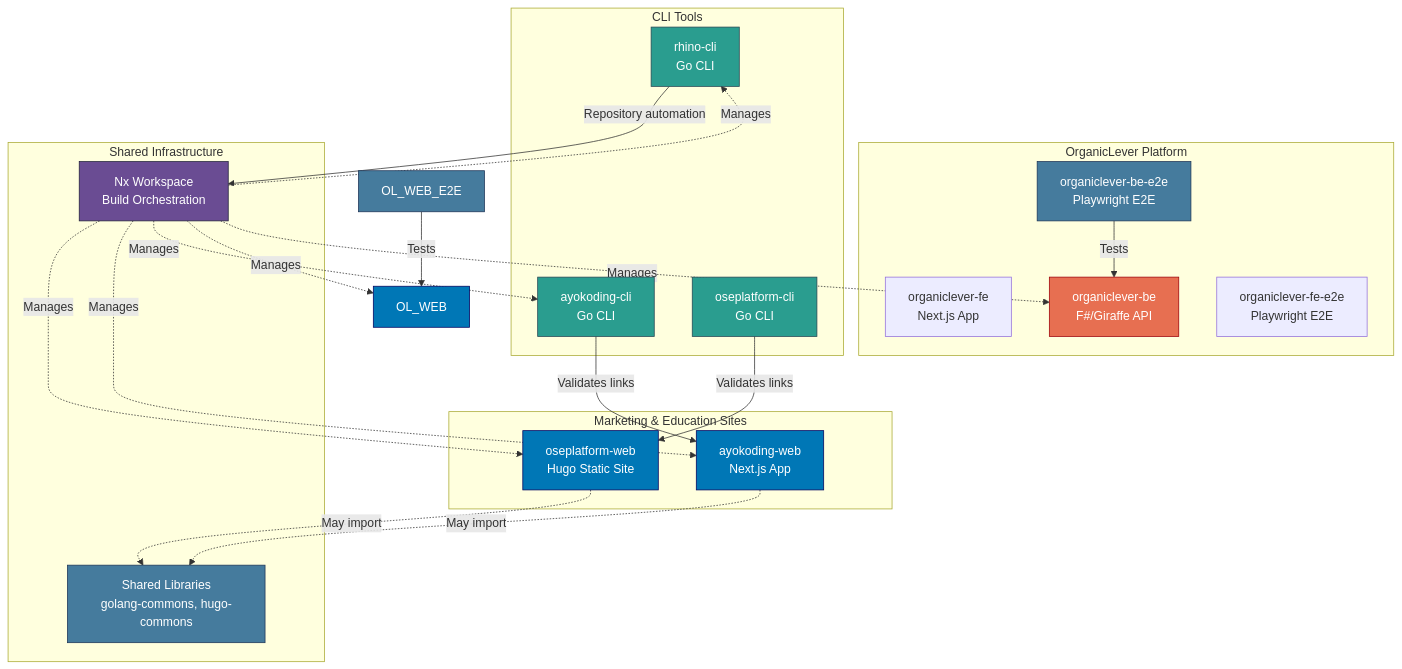
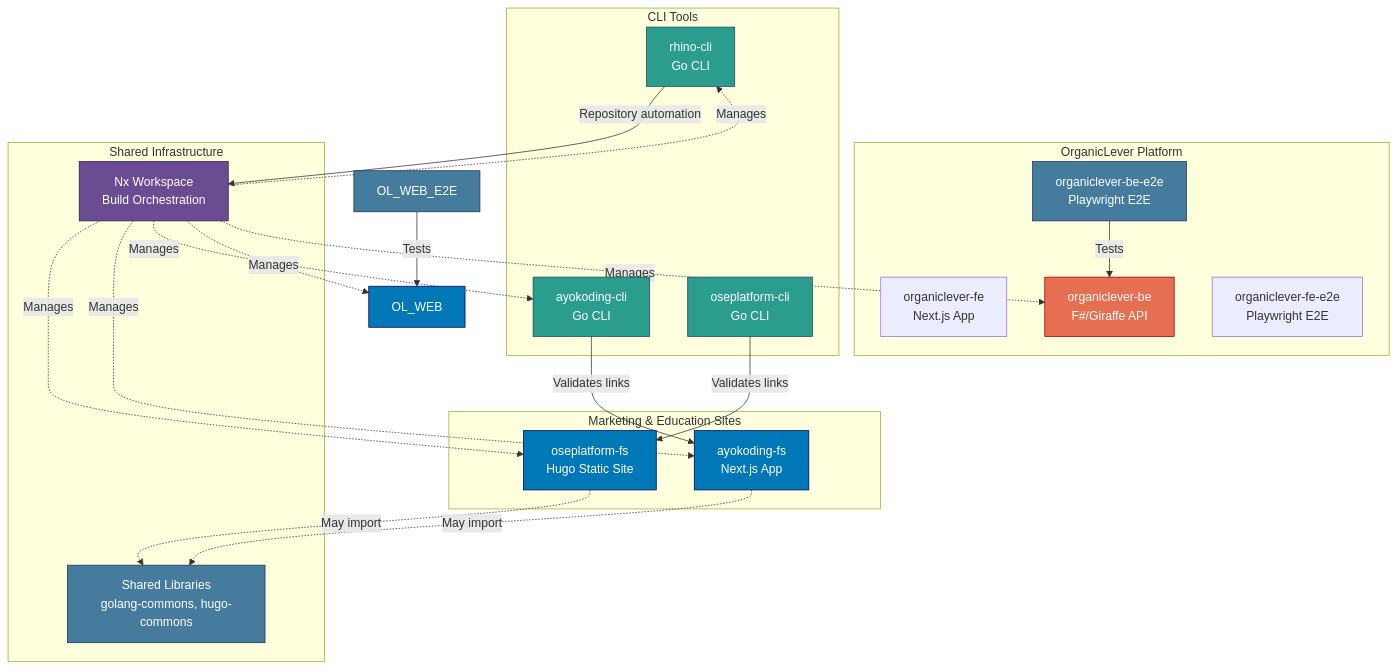
The diagram in docs/reference/system-architecture/re-syar__applications.md (wahidyankf/open-sharia-enterprise), drawn with Mermaid before and after one commit. The commit also changed other lines of this file and 1809 other files, not shown here.

First line of the commit message:
refactor(apps): rename ayokoding-web to ayokoding-fs and oseplatform-web to oseplatform-fs

````diff
--- a/docs/reference/system-architecture/re-syar__applications.md
+++ b/docs/reference/system-architecture/re-syar__applications.md
@@ -136,53 +136,53 @@
 ```mermaid
 graph TB
     subgraph "Marketing & Education Sites"
-        OSE[oseplatform-web<br/>Hugo Static Site]
-        AYO[ayokoding-web<br/>Next.js App]
+        OSE[oseplatform-fs<br/>Hugo Static Site]
+        AYO[ayokoding-fs<br/>Next.js App]
     end
 
     subgraph "OrganicLever Platform"
         OL_FE[organiclever-fe<br/>Next.js App]
         OL_BE[organiclever-be<br/>F#/Giraffe API]
         OL_FE_E2E[organiclever-fe-e2e<br/>Playwright E2E]
         OL_BE_E2E[organiclever-be-e2e<br/>Playwright E2E]
     end
 
     subgraph "CLI Tools"
         AYOCLI[ayokoding-cli<br/>Go CLI]
         RHINO[rhino-cli<br/>Go CLI]
         OSECLI[oseplatform-cli<br/>Go CLI]
     end
 
     subgraph "Shared Infrastructure"
         NX[Nx Workspace<br/>Build Orchestration]
         LIBS[Shared Libraries<br/>golang-commons, hugo-commons]
     end
 
     AYOCLI -->|Validates links| AYO
     RHINO -->|Repository automation| NX
     OSECLI -->|Validates links| OSE
     OL_WEB_E2E -->|Tests| OL_WEB
     OL_BE_E2E -->|Tests| OL_BE
 
     NX -.->|Manages| OSE
     NX -.->|Manages| AYO
     NX -.->|Manages| AYOCLI
     NX -.->|Manages| RHINO
     NX -.->|Manages| OL_WEB
     NX -.->|Manages| OL_BE
 
     OSE -.->|May import| LIBS
     AYO -.->|May import| LIBS
 
     style OSE fill:#0077b6,stroke:#03045e,color:#ffffff
     style AYO fill:#0077b6,stroke:#03045e,color:#ffffff
     style OL_WEB fill:#0077b6,stroke:#03045e,color:#ffffff
     style OL_BE fill:#e76f51,stroke:#9d0208,color:#ffffff
     style OL_WEB_E2E fill:#457b9d,stroke:#1d3557,color:#ffffff
     style OL_BE_E2E fill:#457b9d,stroke:#1d3557,color:#ffffff
     style AYOCLI fill:#2a9d8f,stroke:#264653,color:#ffffff
     style RHINO fill:#2a9d8f,stroke:#264653,color:#ffffff
     style OSECLI fill:#2a9d8f,stroke:#264653,color:#ffffff
     style NX fill:#6a4c93,stroke:#22223b,color:#ffffff
     style LIBS fill:#457b9d,stroke:#1d3557,color:#ffffff
 ```
````
